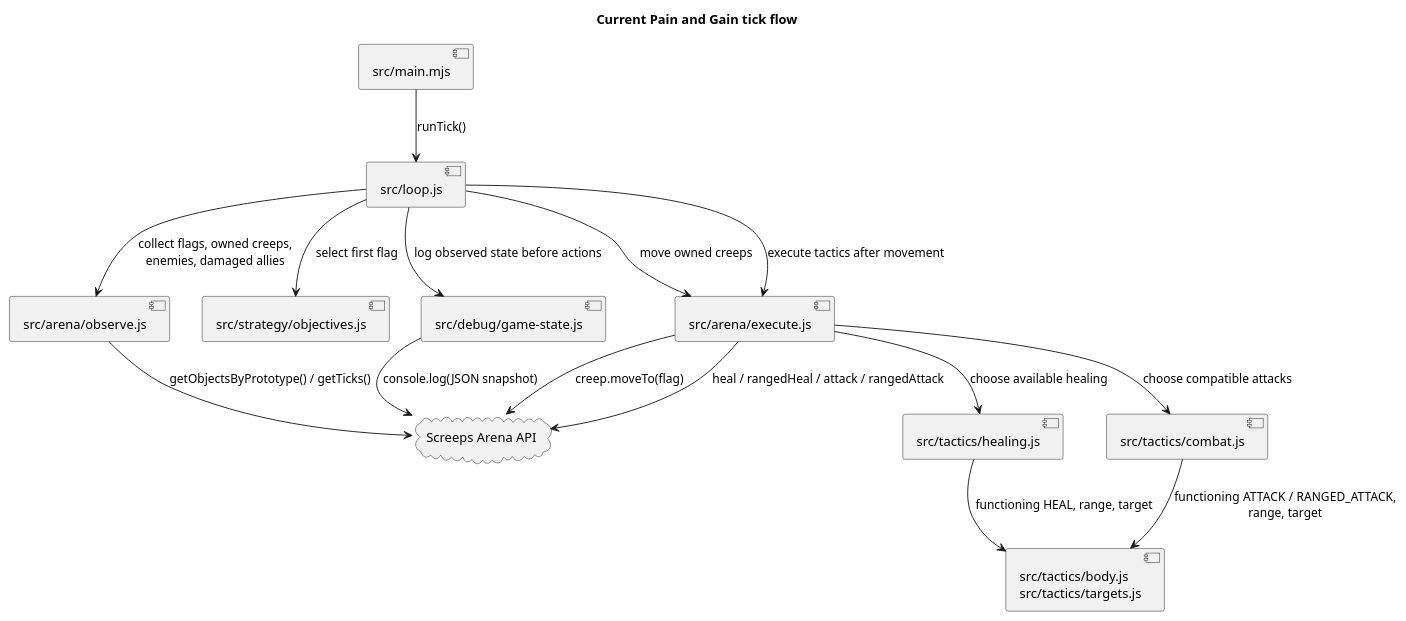
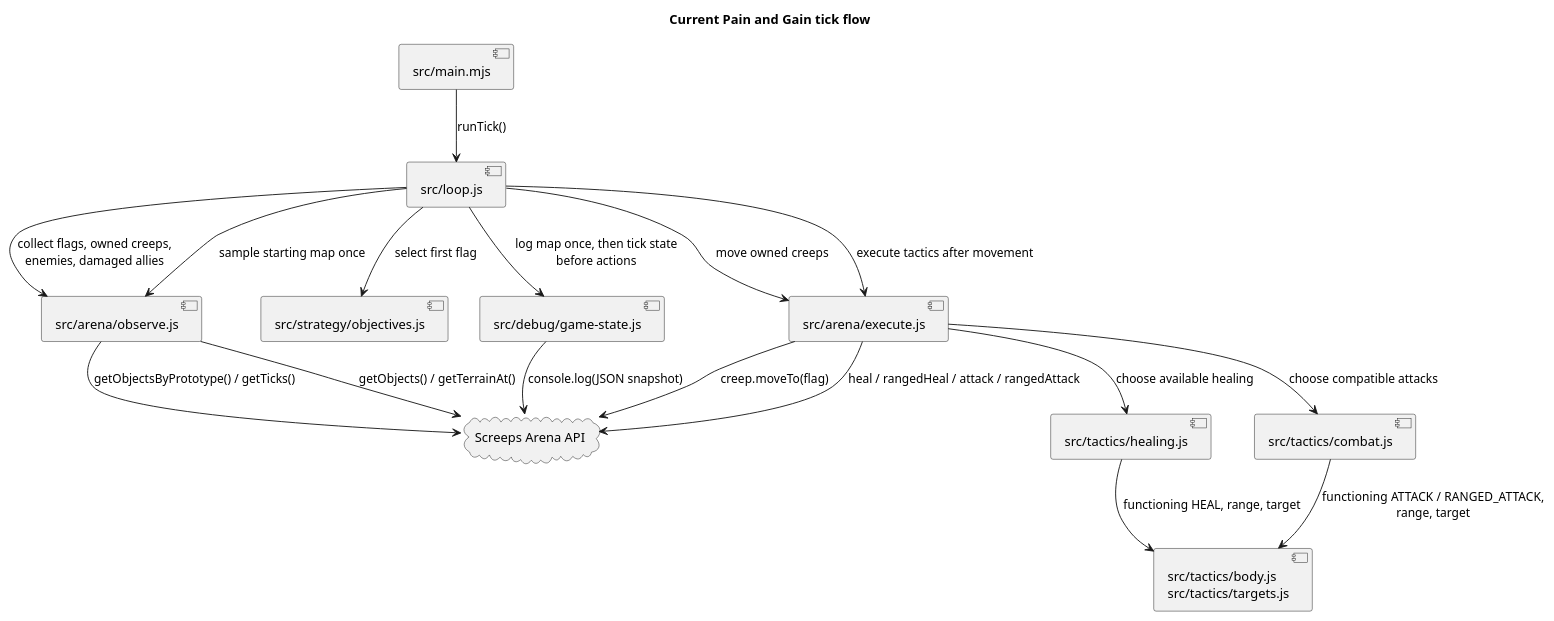
The diagram in docs/diagrams/tick-flow.puml (zolcsika71/pain_and_gain), drawn with PlantUML before and after one commit. The commit also changed 14 other files, not shown here.

```diff
--- a/docs/diagrams/tick-flow.puml
+++ b/docs/diagrams/tick-flow.puml
@@ -1,30 +1,32 @@
 @startuml
 title Current Pain and Gain tick flow
 
 component "src/main.mjs" as Main
 component "src/loop.js" as Loop
 component "src/arena/observe.js" as Observe
 component "src/strategy/objectives.js" as Objectives
 component "src/debug/game-state.js" as Debug
 component "src/arena/execute.js" as Execute
 component "src/tactics/healing.js" as Healing
 component "src/tactics/combat.js" as Combat
 component "src/tactics/body.js\nsrc/tactics/targets.js" as Eligibility
 cloud "Screeps Arena API" as API
 
 Main --> Loop : runTick()
 Loop --> Observe : collect flags, owned creeps,\nenemies, damaged allies
 Observe --> API : getObjectsByPrototype() / getTicks()
 Loop --> Objectives : select first flag
-Loop --> Debug : log observed state before actions
+Loop --> Observe : sample starting map once
+Observe --> API : getObjects() / getTerrainAt()
+Loop --> Debug : log map once, then tick state\nbefore actions
 Debug --> API : console.log(JSON snapshot)
 Loop --> Execute : move owned creeps
 Execute --> API : creep.moveTo(flag)
 Loop --> Execute : execute tactics after movement
 Execute --> Healing : choose available healing
 Execute --> Combat : choose compatible attacks
 Healing --> Eligibility : functioning HEAL, range, target
 Combat --> Eligibility : functioning ATTACK / RANGED_ATTACK,\nrange, target
 Execute --> API : heal / rangedHeal / attack / rangedAttack
 
 @enduml
```
